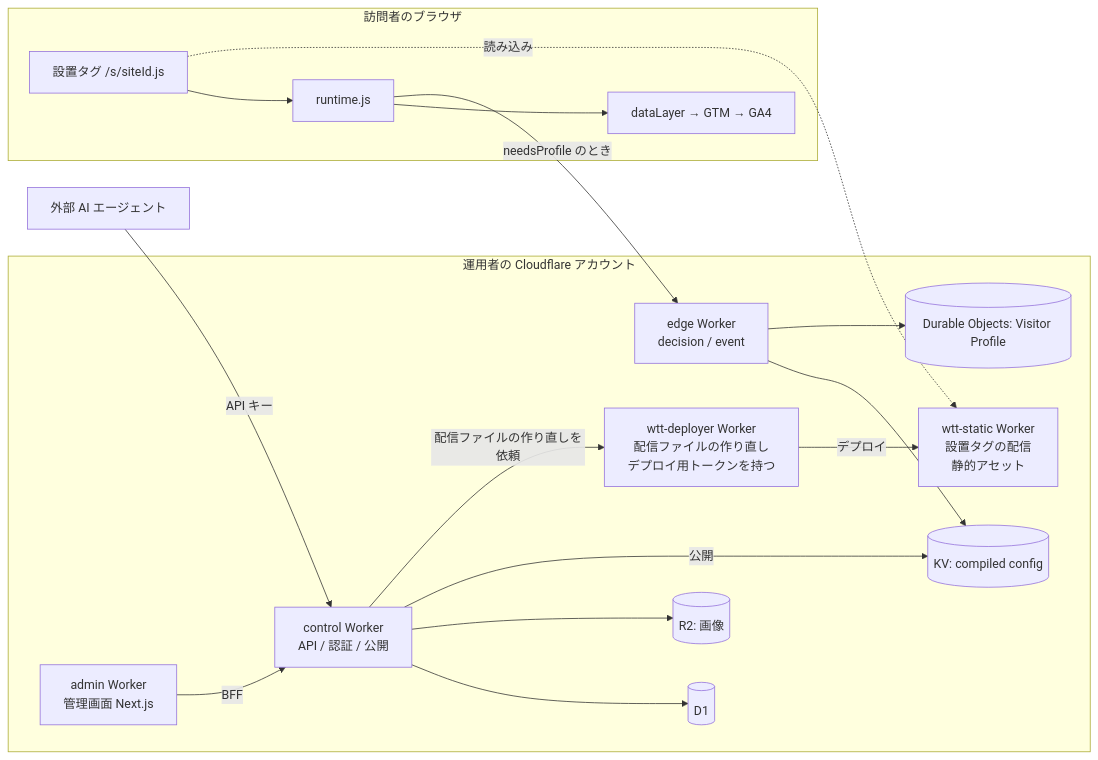
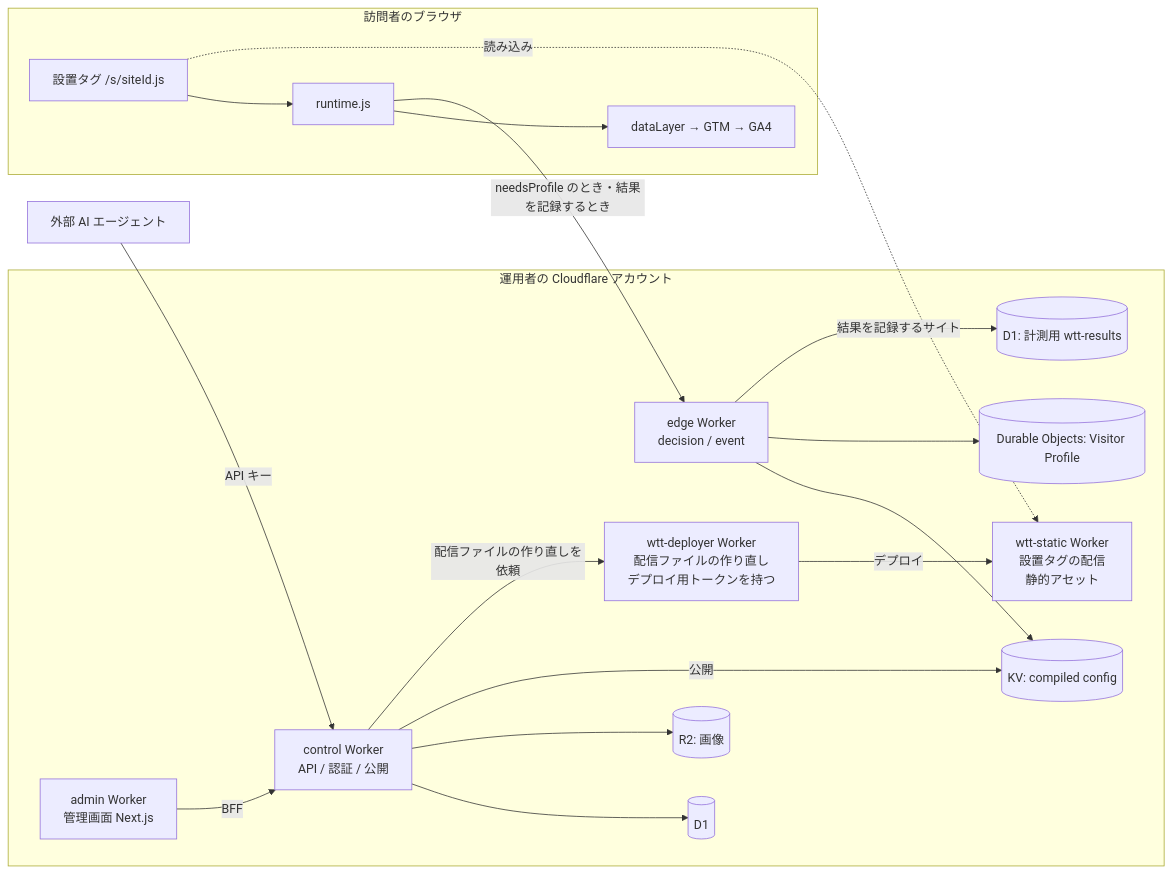
The diagram in README.md (AnalyticsDesign/ab-test-and-target-harness), drawn with Mermaid before and after one commit. The commit also changed other lines of this file and 102 other files, not shown here.

````diff
--- a/README.md
+++ b/README.md
@@ -55,22 +55,23 @@
 ```mermaid
 flowchart LR
   subgraph browser[訪問者のブラウザ]
     tag[設置タグ /s/siteId.js] --> rt[runtime.js]
     rt --> dl[dataLayer → GTM → GA4]
   end
   subgraph cf[運用者の Cloudflare アカウント]
     static[wtt-static Worker<br/>設置タグの配信<br/>静的アセット] 
     deployer[wtt-deployer Worker<br/>配信ファイルの作り直し<br/>デプロイ用トークンを持つ] -->|デプロイ| static
     edge[edge Worker<br/>decision / event] --> kv[(KV: compiled config)]
     edge --> do[(Durable Objects: Visitor Profile)]
+    edge -->|結果を記録するサイト| d1r[(D1: 計測用 wtt-results)]
     control[control Worker<br/>API / 認証 / 公開] --> d1[(D1)]
     control --> r2[(R2: 画像)]
     control -->|公開| kv
     control -->|配信ファイルの作り直しを依頼| deployer
     admin[admin Worker<br/>管理画面 Next.js]
   end
   admin -->|BFF| control
   agent[外部 AI エージェント] -->|API キー| control
   tag -.->|読み込み| static
-  rt -->|needsProfile のとき| edge
+  rt -->|needsProfile のとき・結果を記録するとき| edge
 ```
````
